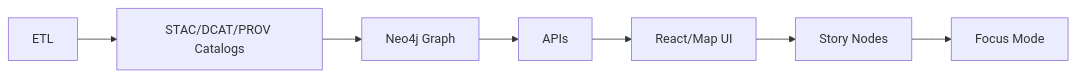
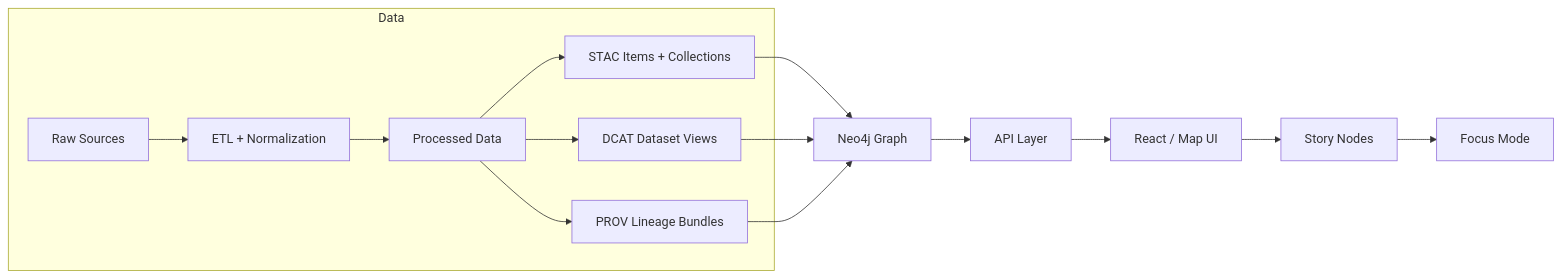
The first of 2 diagrams in ARCHITECTURE.md (bartytime4life/Kansas-Frontier-Matrix), drawn with Mermaid before and after one commit. The commit also changed other lines of this file, not shown here.

```diff
--- a/ARCHITECTURE.md
+++ b/ARCHITECTURE.md
@@ -176,9 +191,19 @@
 ~~~mermaid
 flowchart LR
-A[ETL] --> B[STAC/DCAT/PROV Catalogs]
-B --> C[Neo4j Graph]
-C --> D[APIs]
-D --> E[React/Map UI]
-E --> F[Story Nodes]
-F --> G[Focus Mode]
+  subgraph Data
+    A[Raw Sources] --> B[ETL + Normalization]
+    B --> C[Processed Data]
+    C --> D[STAC Items + Collections]
+    C --> E[DCAT Dataset Views]
+    C --> F[PROV Lineage Bundles]
+  end
+
+  D --> G[Neo4j Graph]
+  E --> G
+  F --> G
+
+  G --> H[API Layer]
+  H --> I[React / Map UI]
+  I --> J[Story Nodes]
+  J --> K[Focus Mode]
 ~~~
```
